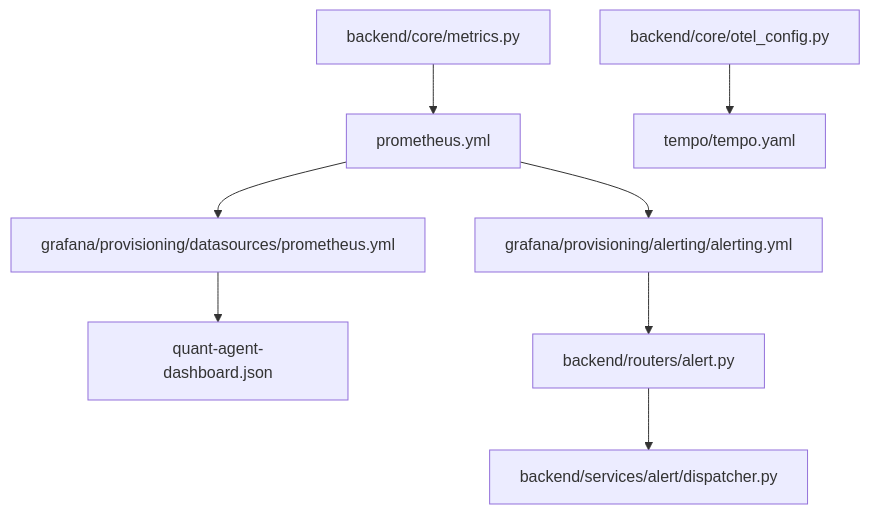
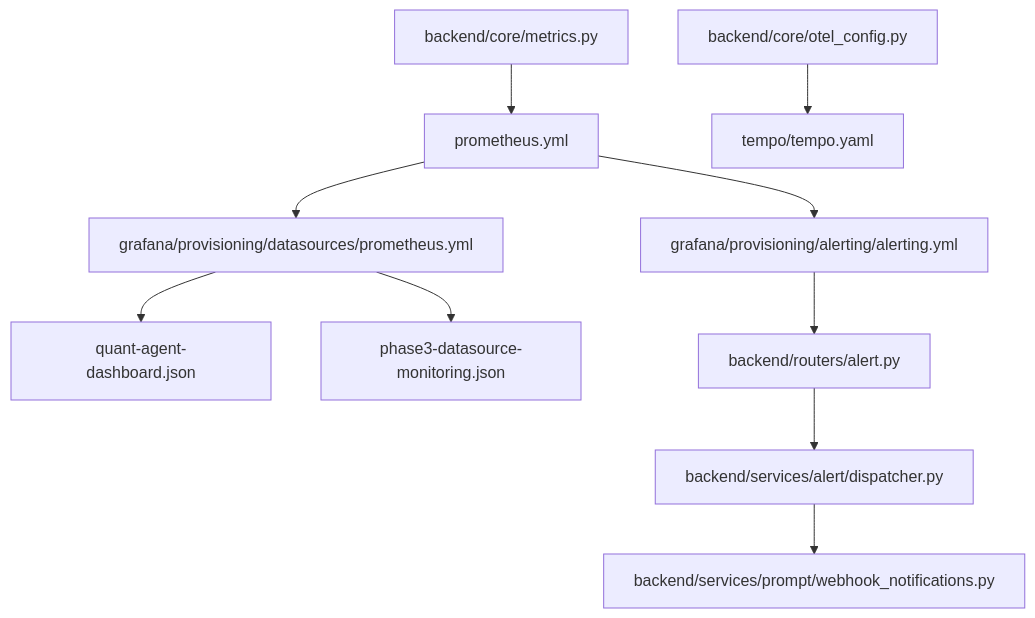
The ninth of 9 diagrams in .qoder/repowiki/zh/content/实时监控与告警/实时监控与告警.md (songlinhe5-lab/quant_agent), drawn with Mermaid before and after one commit. The commit also changed other lines of this file and 294 other files, not shown here.

````diff
--- a/.qoder/repowiki/zh/content/实时监控与告警/实时监控与告警.md
+++ b/.qoder/repowiki/zh/content/实时监控与告警/实时监控与告警.md
@@ -286,10 +353,12 @@
 ```mermaid
 graph TB
 M["backend/core/metrics.py"] --> P["prometheus.yml"]
 P --> G["grafana/provisioning/datasources/prometheus.yml"]
 G --> D["quant-agent-dashboard.json"]
+G --> D3["phase3-datasource-monitoring.json"]
 O["backend/core/otel_config.py"] --> T["tempo/tempo.yaml"]
 P --> A["grafana/provisioning/alerting/alerting.yml"]
 A --> R["backend/routers/alert.py"]
 R --> S["backend/services/alert/dispatcher.py"]
+S --> WN["backend/services/prompt/webhook_notifications.py"]
 ```
````
